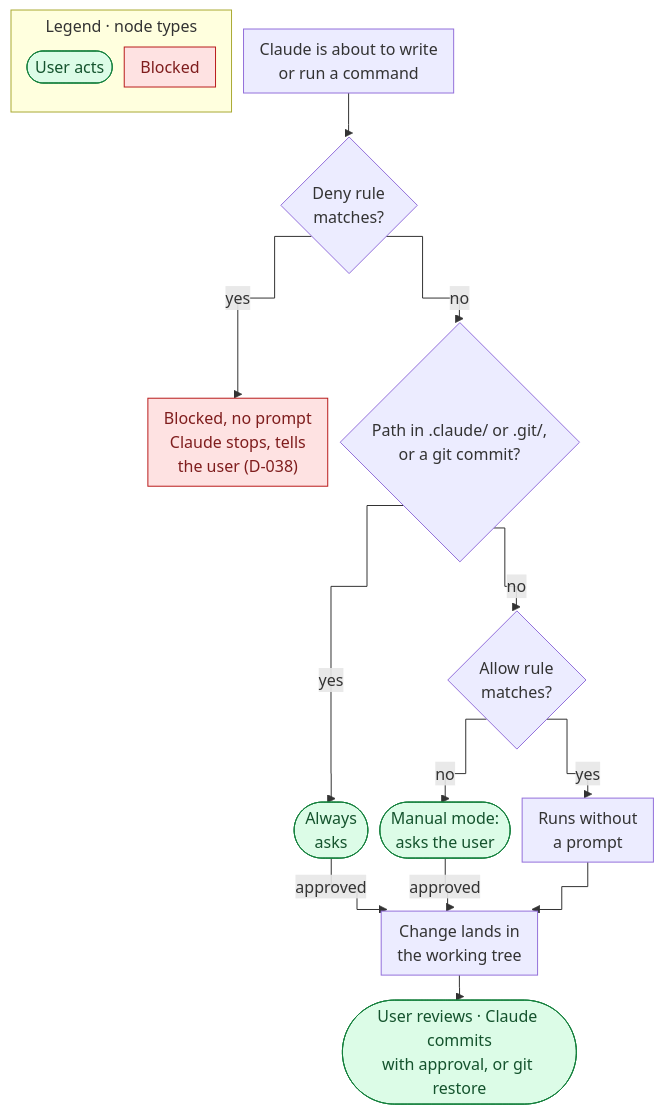
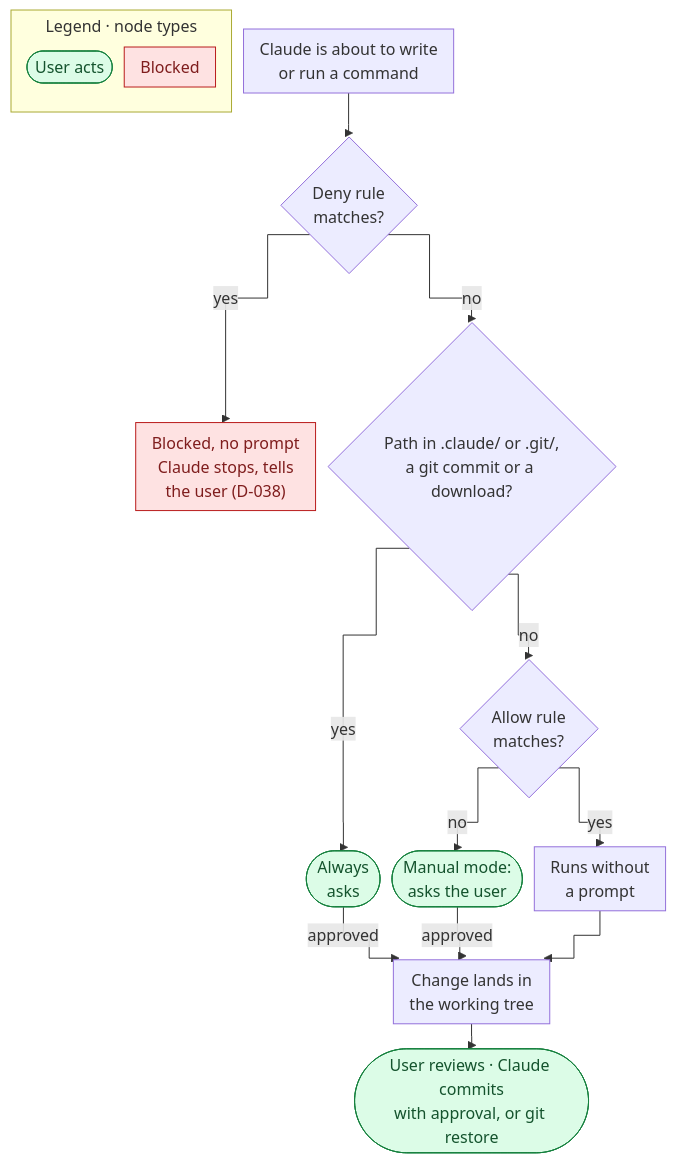
Before and after one commit to quocnguyen13/second-brain: diagram 17 of 20 in mine/projects/thinking-system/20 Product Requirements.md, drawn with Mermaid. The commit also changed other lines of this file and 8 other files, not shown here.

````diff
--- a/mine/projects/thinking-system/20 Product Requirements.md
+++ b/mine/projects/thinking-system/20 Product Requirements.md
@@ -976,24 +1118,24 @@
 ```mermaid
 %%{init: {"flowchart": {"curve": "step", "useMaxWidth": true, "nodeSpacing": 12, "rankSpacing": 25, "padding": 8, "subGraphTitleMargin": {"top": 4, "bottom": 8}}}}%%
 flowchart TD
     subgraph LEG["Legend · node types"]
         direction TB
         L1(["User acts"]):::user
         L2["Blocked"]:::stop
     end
     A["Claude is about to write<br/>or run a command"] --> B{"Deny rule<br/>matches?"}
     B -->|"yes"| B1["Blocked, no prompt<br/>Claude stops, tells<br/>the user (D-038)"]
-    B -->|"no"| C{"Path in .claude/ or .git/,<br/>or a git commit?"}
+    B -->|"no"| C{"Path in .claude/ or .git/,<br/>a git commit or a download?"}
     C -->|"yes"| C1(["Always<br/>asks"])
     C -->|"no"| D{"Allow rule<br/>matches?"}
     D -->|"yes"| D1["Runs without<br/>a prompt"]
     D -->|"no"| D2(["Manual mode:<br/>asks the user"])
     C1 -->|"approved"| E
     D2 -->|"approved"| E
     D1 --> E["Change lands in<br/>the working tree"]
     E --> F(["User reviews · Claude commits<br/>with approval, or git restore"])
     classDef user fill:#dcfce7,stroke:#15803d,color:#14532d
     classDef stop fill:#fee2e2,stroke:#b91c1c,color:#7f1d1d
     class C1,D2,F user
     class B1 stop
 ```
````
